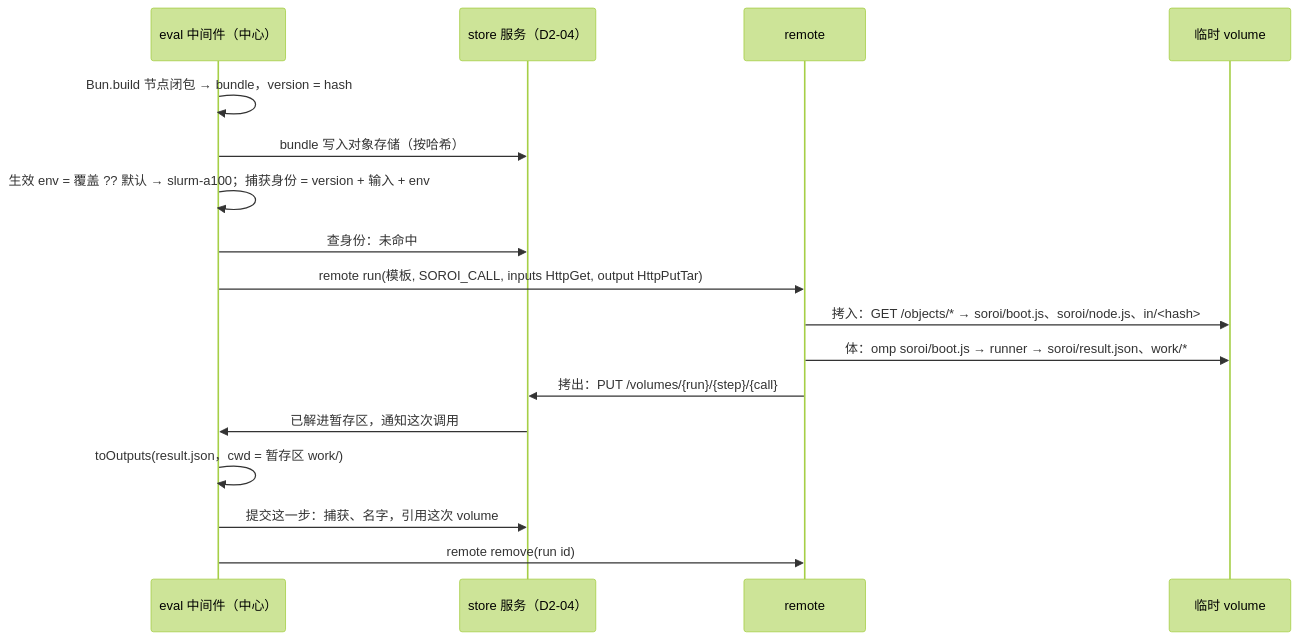
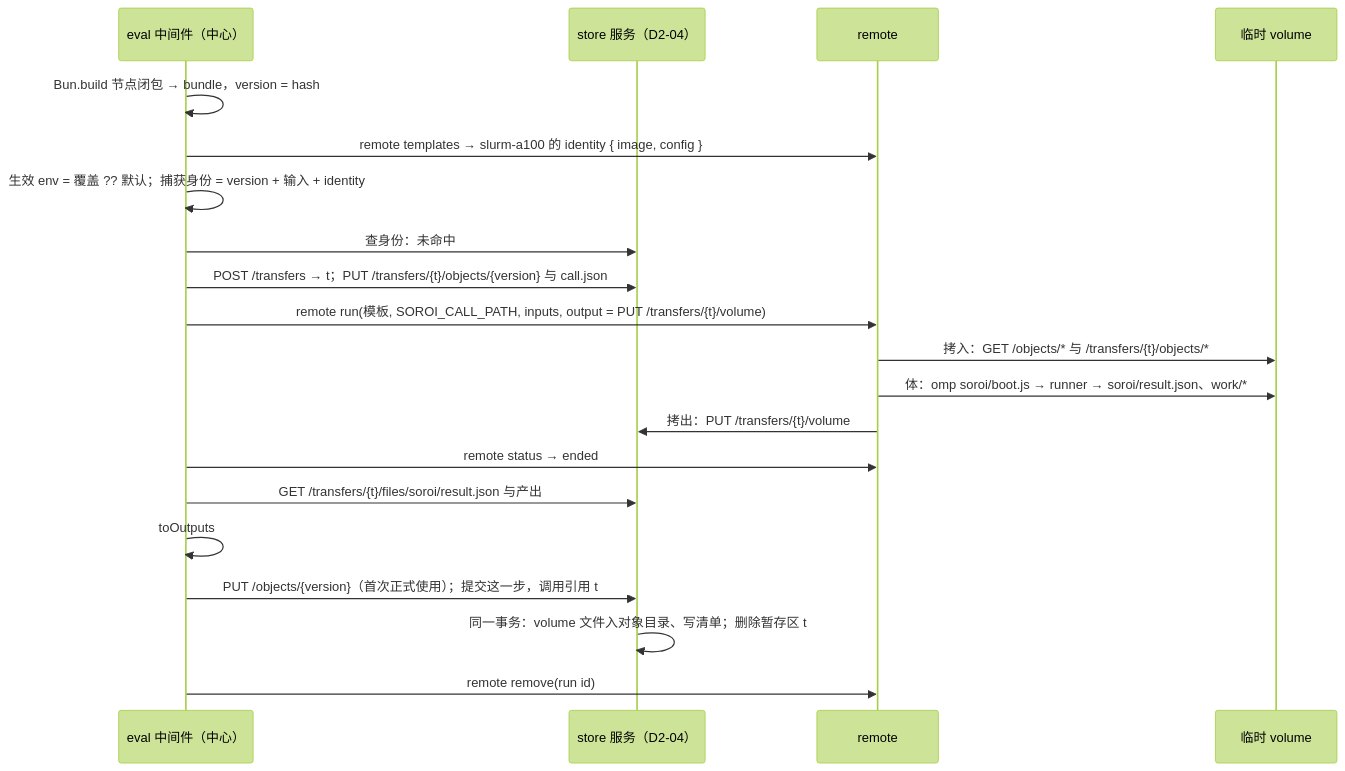
One commit to Pepgent/PM changed the first of 2 diagrams in evidence/decisions/D4-remote-exec.md. Above: the diagram before and after it, drawn with Mermaid (forest theme). The commit also changed other lines of this file and 22 other files, not shown here.

````diff
--- a/evidence/decisions/D4-remote-exec.md
+++ b/evidence/decisions/D4-remote-exec.md
@@ -193,19 +234,22 @@
 ```mermaid
 sequenceDiagram
     participant E as eval 中间件（中心）
     participant S as store 服务（D2-04）
     participant R as remote
     participant V as 临时 volume
     E->>E: Bun.build 节点闭包 → bundle，version = hash
-    E->>S: bundle 写入对象存储（按哈希）
-    E->>E: 生效 env = 覆盖 ?? 默认 → slurm-a100；捕获身份 = version + 输入 + env
+    E->>R: remote templates → slurm-a100 的 identity { image, config }
+    E->>E: 生效 env = 覆盖 ?? 默认；捕获身份 = version + 输入 + identity
     E->>S: 查身份：未命中
-    E->>R: remote run(模板, SOROI_CALL, inputs HttpGet, output HttpPutTar)
-    R->>V: 拷入：GET /objects/* → soroi/boot.js、soroi/node.js、in/<hash>
+    E->>S: POST /transfers → t；PUT /transfers/{t}/objects/{version} 与 call.json
+    E->>R: remote run(模板, SOROI_CALL_PATH, inputs, output = PUT /transfers/{t}/volume)
+    R->>V: 拷入：GET /objects/* 与 /transfers/{t}/objects/*
     R->>V: 体：omp soroi/boot.js → runner → soroi/result.json、work/*
-    R->>S: 拷出：PUT /volumes/{run}/{step}/{call}
-    S->>E: 已解进暂存区，通知这次调用
-    E->>E: toOutputs(result.json，cwd = 暂存区 work/)
-    E->>S: 提交这一步：捕获、名字，引用这次 volume
+    R->>S: 拷出：PUT /transfers/{t}/volume
+    E->>R: remote status → ended
+    E->>S: GET /transfers/{t}/files/soroi/result.json 与产出
+    E->>E: toOutputs
+    E->>S: PUT /objects/{version}（首次正式使用）；提交这一步，调用引用 t
+    S->>S: 同一事务：volume 文件入对象目录、写清单；删除暂存区 t
     E->>R: remote remove(run id)
 ```
````
